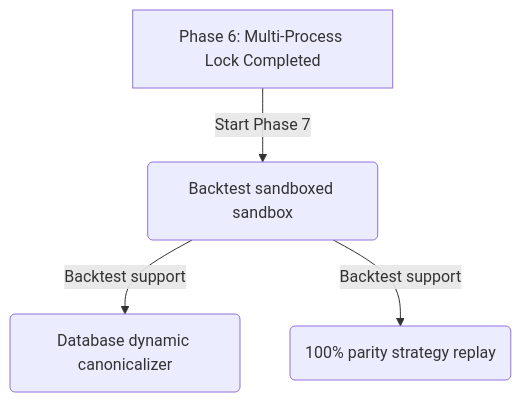
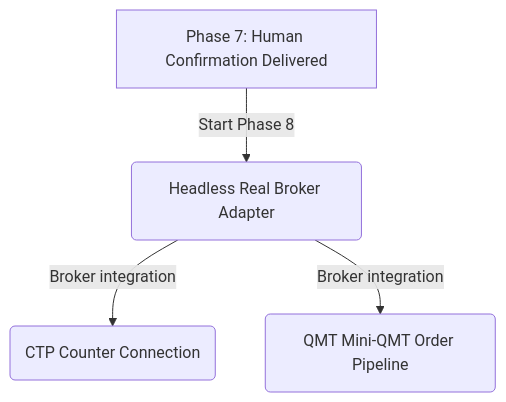
The diagram in stock_standalone/TRADING_KERNEL_PROGRESS.md (johnsonhongyi/pyQuant3), drawn with Mermaid before and after one commit. The commit also changed other lines of this file and 8 other files, not shown here.

Commit message:
Phase 7 (人工确认委托与干预审计模式 - Human Confirmation Mode)

````diff
--- a/stock_standalone/TRADING_KERNEL_PROGRESS.md
+++ b/stock_standalone/TRADING_KERNEL_PROGRESS.md
@@ -79,6 +82,6 @@
 ```mermaid
 graph TD
-    A[Phase 6: Multi-Process Lock Completed] -->|Start Phase 7| B(Backtest sandboxed sandbox)
-    B -->|Backtest support| B1(Database dynamic canonicalizer)
-    B -->|Backtest support| B2(100% parity strategy replay)
+    A[Phase 7: Human Confirmation Delivered] -->|Start Phase 8| B(Headless Real Broker Adapter)
+    B -->|Broker integration| B1(CTP Counter Connection)
+    B -->|Broker integration| B2(QMT Mini-QMT Order Pipeline)
 ```
````
